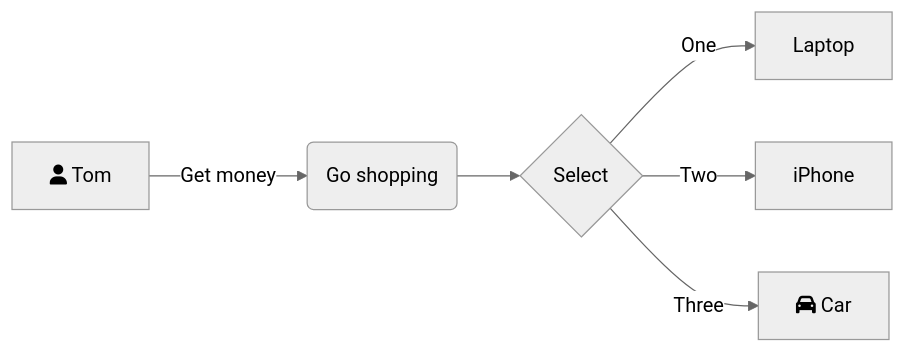
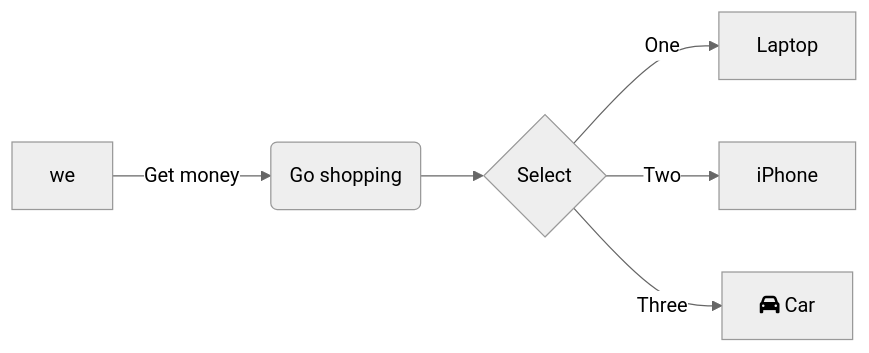
Before and after one commit to yingjianzh/iodraw-files: the diagram in all/未命名-21.md, drawn with Mermaid (neutral theme).

Commit message:
2025-02-17 10:45:26 update

````diff
--- a/all/未命名-21.md
+++ b/all/未命名-21.md
@@ -1,9 +1,9 @@
 ```mermaid
 graph LR
-    A[fa:fa-user Tom] -->|Get money| B(Go shopping)
+    A[we] -->|Get money| B(Go shopping)
     B --> C{Select}
     C -->|One| D[Laptop]
     C -->|Two| E[iPhone]
     C -->|Three| F[fa:fa-car Car]
   
 ```
````
